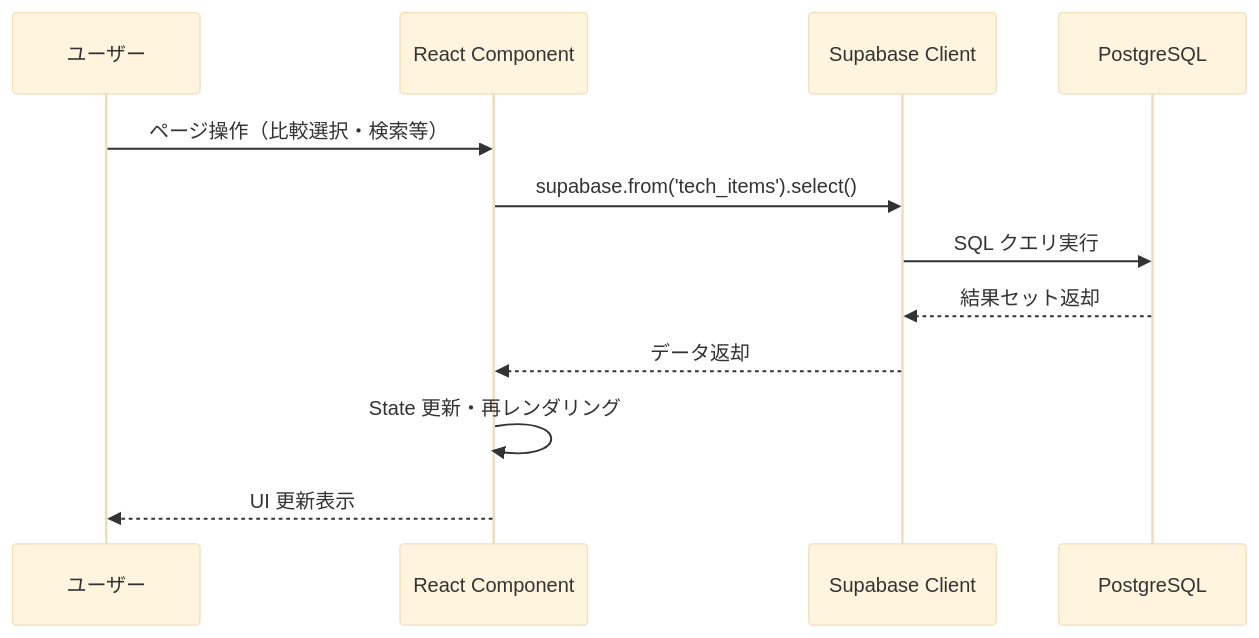
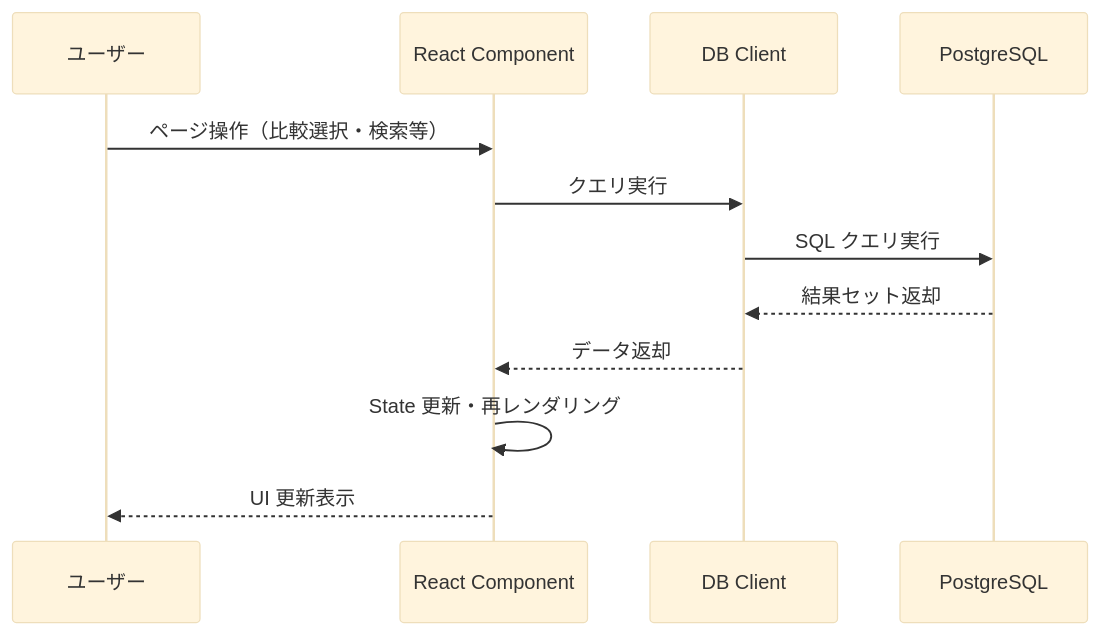
One commit to techub-organization/tech-atrium-wiki changed the sixth of 7 diagrams in docs/specs/design.md. Above: the diagram before and after it, drawn with Mermaid (base theme). The commit also changed other lines of this file, not shown here.

Commit message:
docs: update design doc for multi-deploy architecture and fix React version / ドキュメント: 複数デプロイ構成の設計書に更新しReact 19をReact 18.2に修正

````diff
--- a/docs/specs/design.md
+++ b/docs/specs/design.md
@@ -377,15 +458,15 @@
 ```mermaid
 sequenceDiagram
     participant User as ユーザー
     participant React as React Component
-    participant Supabase as Supabase Client
+    participant Client as DB Client
     participant DB as PostgreSQL
 
     User->>React: ページ操作（比較選択・検索等）
-    React->>Supabase: supabase.from('tech_items').select()
-    Supabase->>DB: SQL クエリ実行
-    DB-->>Supabase: 結果セット返却
-    Supabase-->>React: データ返却
+    React->>Client: クエリ実行
+    Client->>DB: SQL クエリ実行
+    DB-->>Client: 結果セット返却
+    Client-->>React: データ返却
     React->>React: State 更新・再レンダリング
     React-->>User: UI 更新表示
 ```
````
